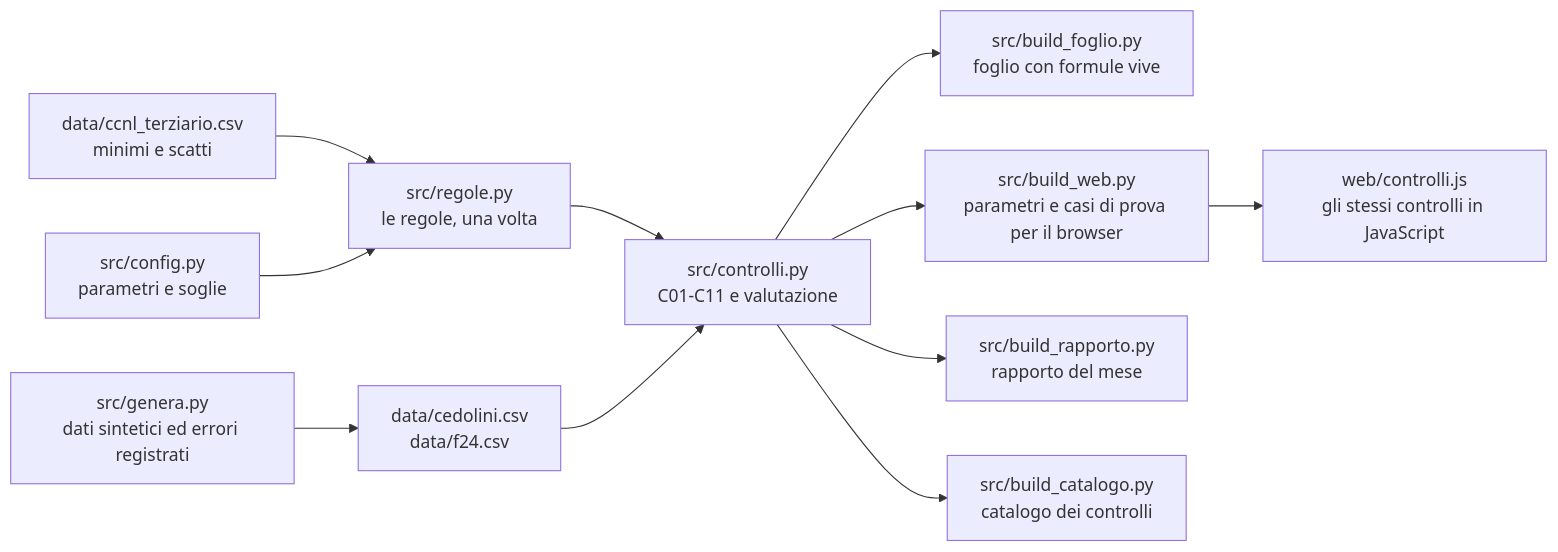
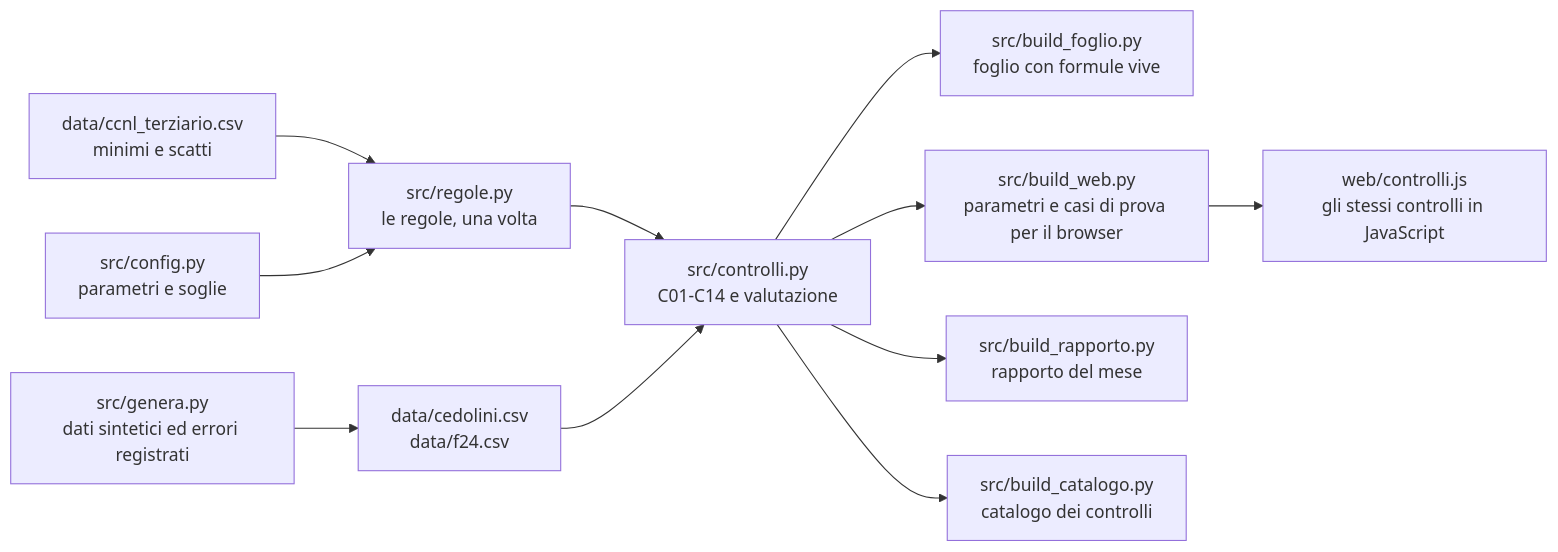
Before and after one commit to D0M3N1C0X/controlli-cedolini: the diagram in docs/architettura.md, drawn with Mermaid. The commit also changed other lines of this file and 39 other files, not shown here.

````diff
--- a/docs/architettura.md
+++ b/docs/architettura.md
@@ -9,13 +9,13 @@
 ```mermaid
 flowchart LR
     T["data/ccnl_terziario.csv<br>minimi e scatti"] --> R["src/regole.py<br>le regole, una volta"]
     P["src/config.py<br>parametri e soglie"] --> R
     G["src/genera.py<br>dati sintetici ed errori registrati"] --> D["data/cedolini.csv<br>data/f24.csv"]
-    R --> K["src/controlli.py<br>C01-C11 e valutazione"]
+    R --> K["src/controlli.py<br>C01-C14 e valutazione"]
     D --> K
     K --> F["src/build_foglio.py<br>foglio con formule vive"]
     K --> W["src/build_web.py<br>parametri e casi di prova per il browser"]
     K --> B["src/build_rapporto.py<br>rapporto del mese"]
     K --> Q["src/build_catalogo.py<br>catalogo dei controlli"]
     W --> J["web/controlli.js<br>gli stessi controlli in JavaScript"]
 ```
````
